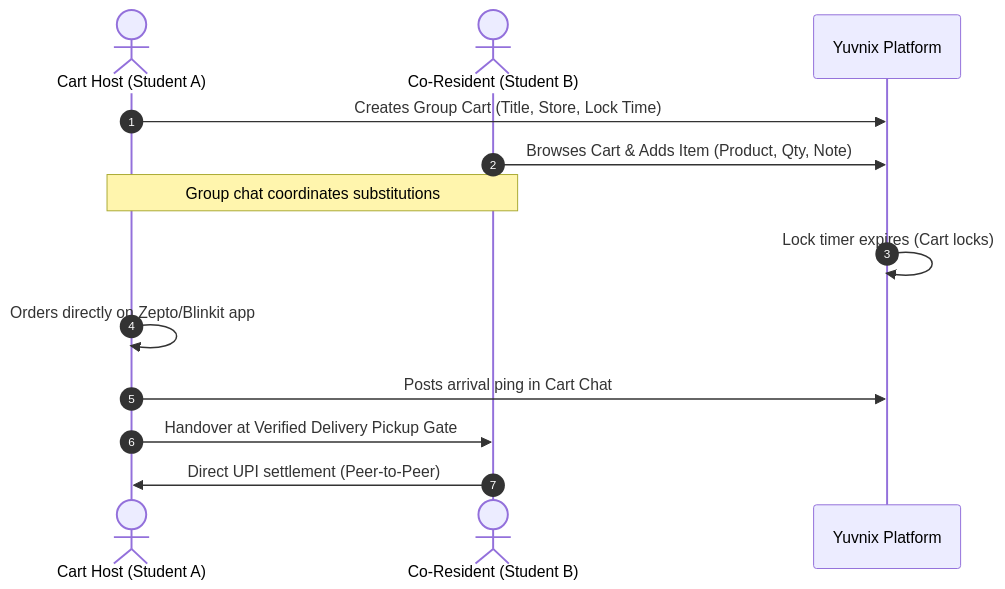
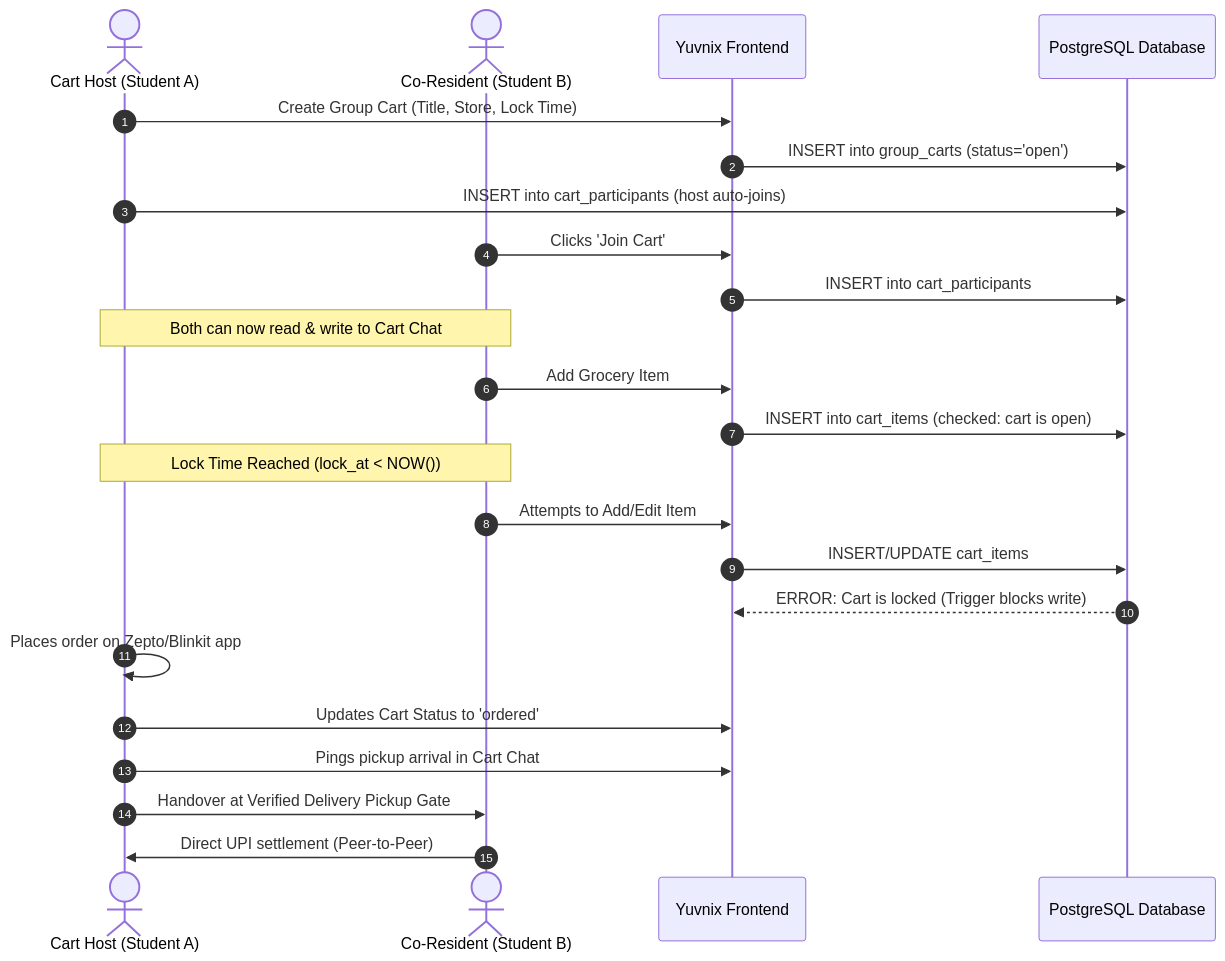
Before and after one commit to savanmalani12-sketch/Yuvnix: the second of 3 diagrams in docs/PRODUCT_SPEC.md, drawn with Mermaid. The commit also changed other lines of this file and 1 other file, not shown here.

Commit message:
docs: sync updated architecture and product spec documentation

````diff
--- a/docs/PRODUCT_SPEC.md
+++ b/docs/PRODUCT_SPEC.md
@@ -103,16 +117,26 @@
 ```mermaid
 sequenceDiagram
     autonumber
-    actor Creator as Cart Host (Student A)
-    actor Peer as Co-Resident (Student B)
-    participant App as Yuvnix Platform
+    actor Host as Cart Host (Student A)
+    actor Joiner as Co-Resident (Student B)
+    participant App as Yuvnix Frontend
+    participant DB as PostgreSQL Database
     
-    Creator->>App: Creates Group Cart (Title, Store, Lock Time)
-    Peer->>App: Browses Cart & Adds Item (Product, Qty, Note)
-    Note over Creator,Peer: Group chat coordinates substitutions
-    App->>App: Lock timer expires (Cart locks)
-    Creator->>Creator: Orders directly on Zepto/Blinkit app
-    Creator->>App: Posts arrival ping in Cart Chat
-    Creator->>Peer: Handover at Verified Delivery Pickup Gate
-    Peer->>Creator: Direct UPI settlement (Peer-to-Peer)
+    Host->>App: Create Group Cart (Title, Store, Lock Time)
+    App->>DB: INSERT into group_carts (status='open')
+    Host->>DB: INSERT into cart_participants (host auto-joins)
+    Joiner->>App: Clicks 'Join Cart'
+    App->>DB: INSERT into cart_participants
+    Note over Host,Joiner: Both can now read & write to Cart Chat
+    Joiner->>App: Add Grocery Item
+    App->>DB: INSERT into cart_items (checked: cart is open)
+    Note over Host,Joiner: Lock Time Reached (lock_at < NOW())
+    Joiner->>App: Attempts to Add/Edit Item
+    App->>DB: INSERT/UPDATE cart_items
+    DB-->>App: ERROR: Cart is locked (Trigger blocks write)
+    Host->>Host: Places order on Zepto/Blinkit app
+    Host->>App: Updates Cart Status to 'ordered'
+    Host->>App: Pings pickup arrival in Cart Chat
+    Host->>Joiner: Handover at Verified Delivery Pickup Gate
+    Joiner->>Host: Direct UPI settlement (Peer-to-Peer)
 ```
````
